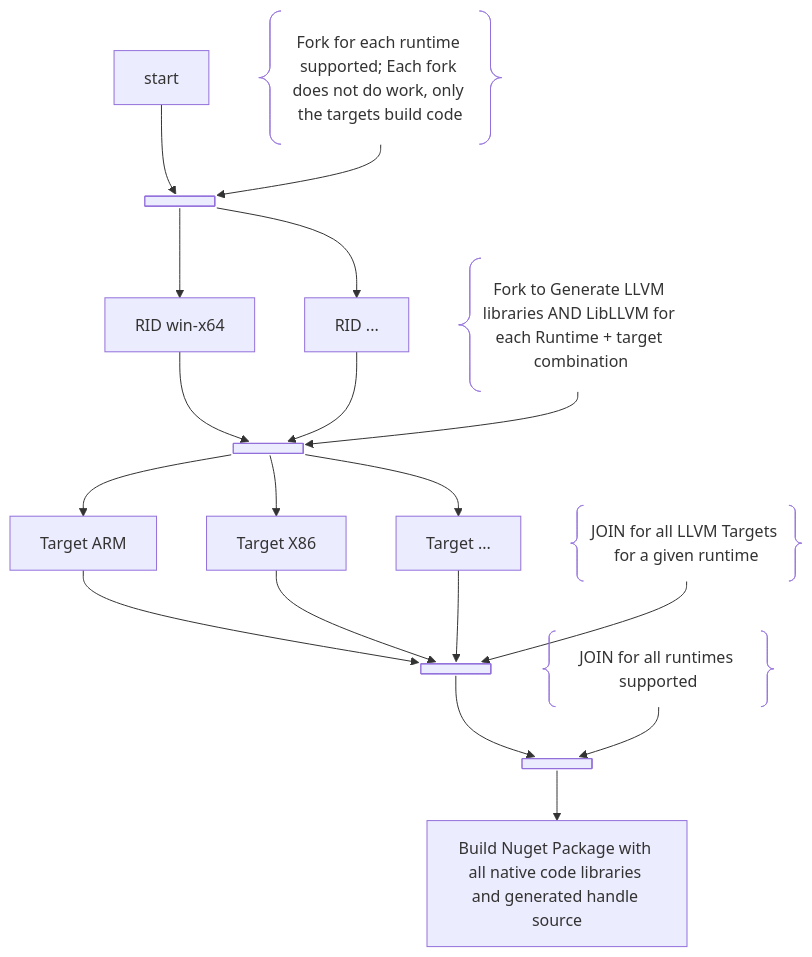
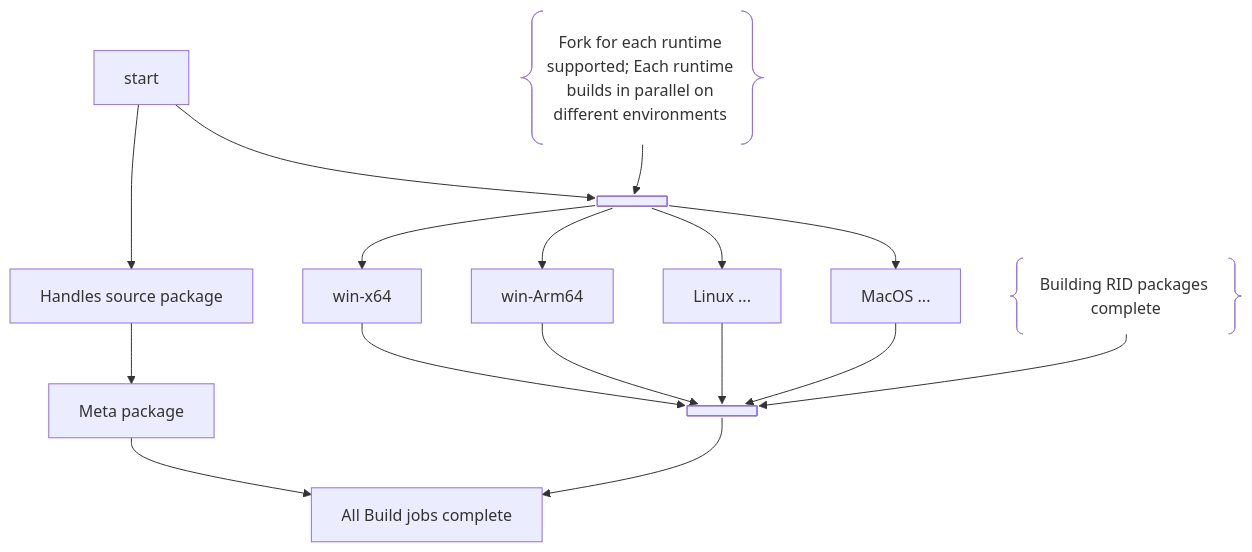
Before and after one commit to UbiquityDotNET/Llvm.Libs: the diagram in ReadMe.md, drawn with Mermaid. The commit also changed other lines of this file and 8 other files, not shown here.

Commit message:
Updated to include meta package build (#14)

````diff
--- a/ReadMe.md
+++ b/ReadMe.md
@@ -197,16 +229,14 @@
 ``` mermaid
 flowchart TD
-    start --> runtimeFork@{shape: fork}
-    runtimeForkComment@{shape: braces, label: "Fork for each runtime supported; Each fork does not do work, only the targets build code"} --> runtimeFork
-    runtimeFork --> rid1["RID win-x64"]
-    runtimeFork --> rid2["RID ..."]
-    rid1 --> targetFork@{shape: fork}
-    rid2 --> targetFork
-    targetFork --> ridAndTarget1["Target ARM"] --> targetJoin
-    targetFork --> ridAndTarget2["Target X86"] --> targetJoin
-    targetFork --> ridAndTarget3["Target ..."] --> targetJoin
-    targetForkComment@{shape: comment, label: "Fork to Generate LLVM libraries AND LibLLVM for each Runtime + target combination"} --> targetFork
-    targetJoin@{shape: join} --> runtimeJoin@{shape: join} --> IB["Build Nuget Package with all native code libraries and generated handle source"]
-    targetJoinComment@{shape: braces, label: "JOIN for all LLVM Targets for a given runtime"} --> targetJoin
-    runtimeJoinComment@{shape: braces, label: "JOIN for all runtimes supported"} --> runtimeJoin
+    start --> runtimeFork
+    start --> pckg1["Handles source package"] --> pckg2["Meta package"] --> finish
+    runtimeFork@{shape: fork}
+    runtimeForkComment@{shape: braces, label: "Fork for each runtime supported; Each runtime builds in parallel on different environments "} --> runtimeFork
+    runtimeFork --> rid1["win-x64"] --> runtimeJoin
+    runtimeFork --> rid2["win-Arm64"] --> runtimeJoin
+    runtimeFork --> rid3["Linux ..."] --> runtimeJoin
+    runtimeFork --> rid4["MacOS ..."] --> runtimeJoin
+    runtimeJoinComment@{shape: braces, label: "Building RID packages complete"} --> runtimeJoin
+    runtimeJoin@{shape: join} --> finish
+    finish["All Build jobs complete"]
 ```
````
